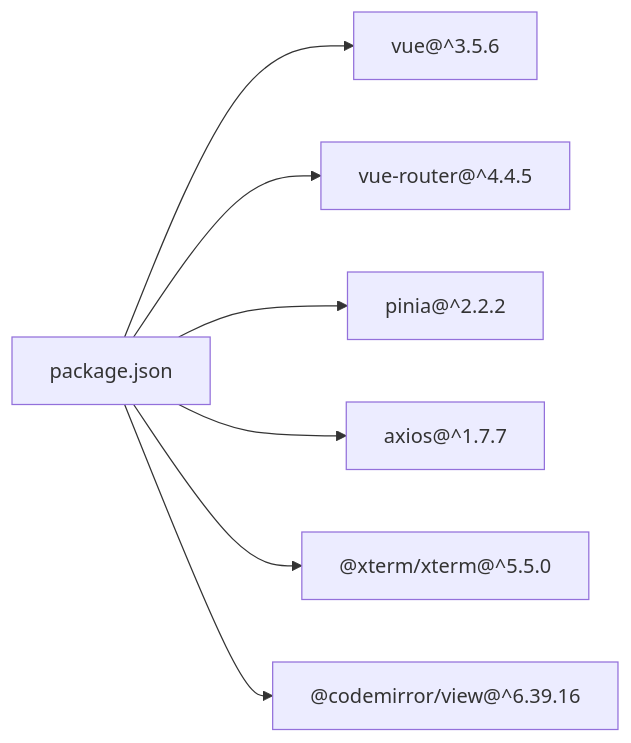
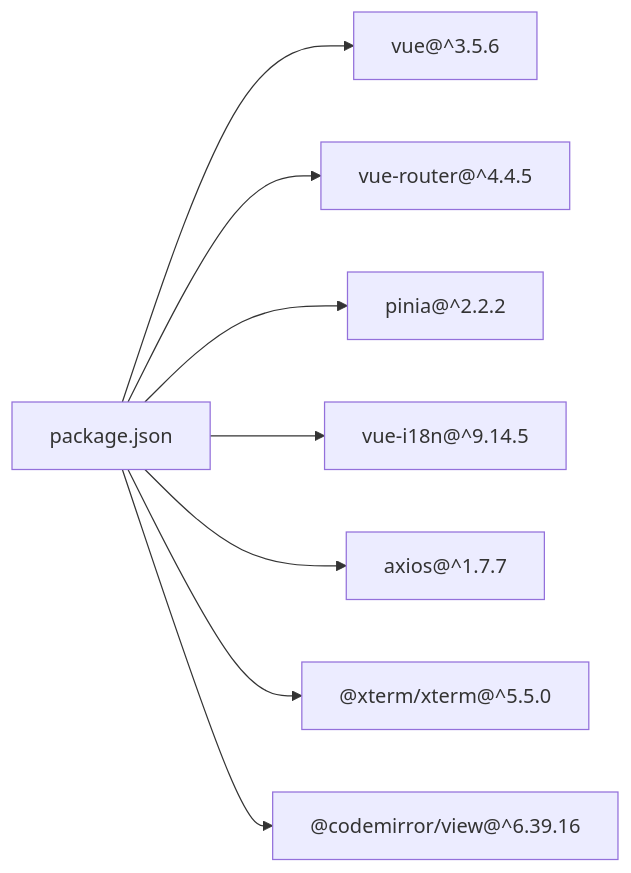
Before and after one commit to alickjoe/webterm: diagram 11 of 11 in .qoder/repowiki/en/content/Frontend Application Architecture/Vue.js Application Structure.md, drawn with Mermaid. The commit also changed other lines of this file and 3 other files, not shown here.

First line of the commit message:
docs(architecture): 更新架构概览文档内容排版和格式

````diff
--- a/.qoder/repowiki/en/content/Frontend Application Architecture/Vue.js Application Structure.md
+++ b/.qoder/repowiki/en/content/Frontend Application Architecture/Vue.js Application Structure.md
@@ -467,9 +576,10 @@
 ```mermaid
 graph LR
 P["package.json"] --> V["vue@^3.5.6"]
 P --> VR["vue-router@^4.4.5"]
 P --> PIN["pinia@^2.2.2"]
+P --> I18N["vue-i18n@^9.14.5"]
 P --> AX["axios@^1.7.7"]
 P --> XT["@xterm/xterm@^5.5.0"]
 P --> CM["@codemirror/view@^6.39.16"]
 ```
````
